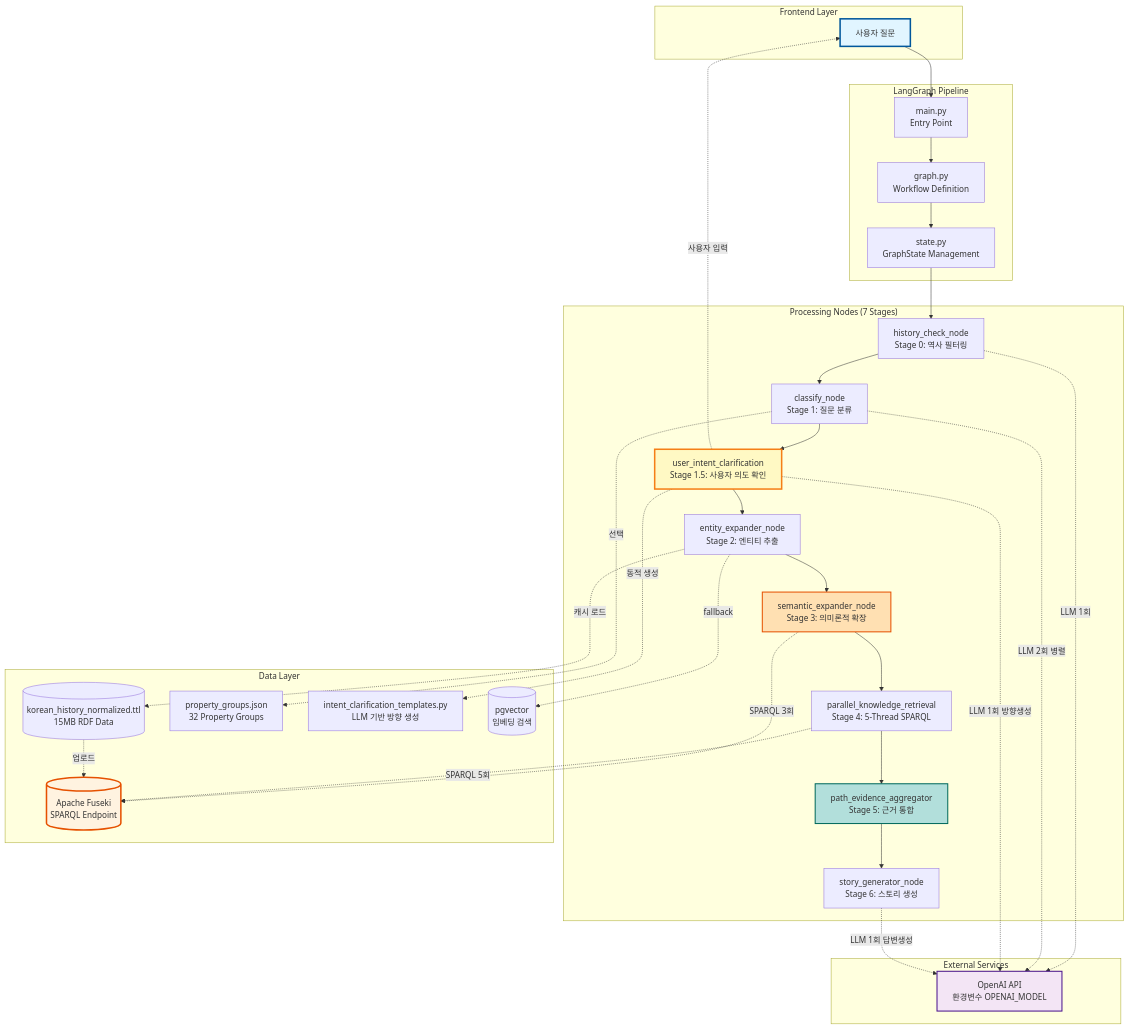
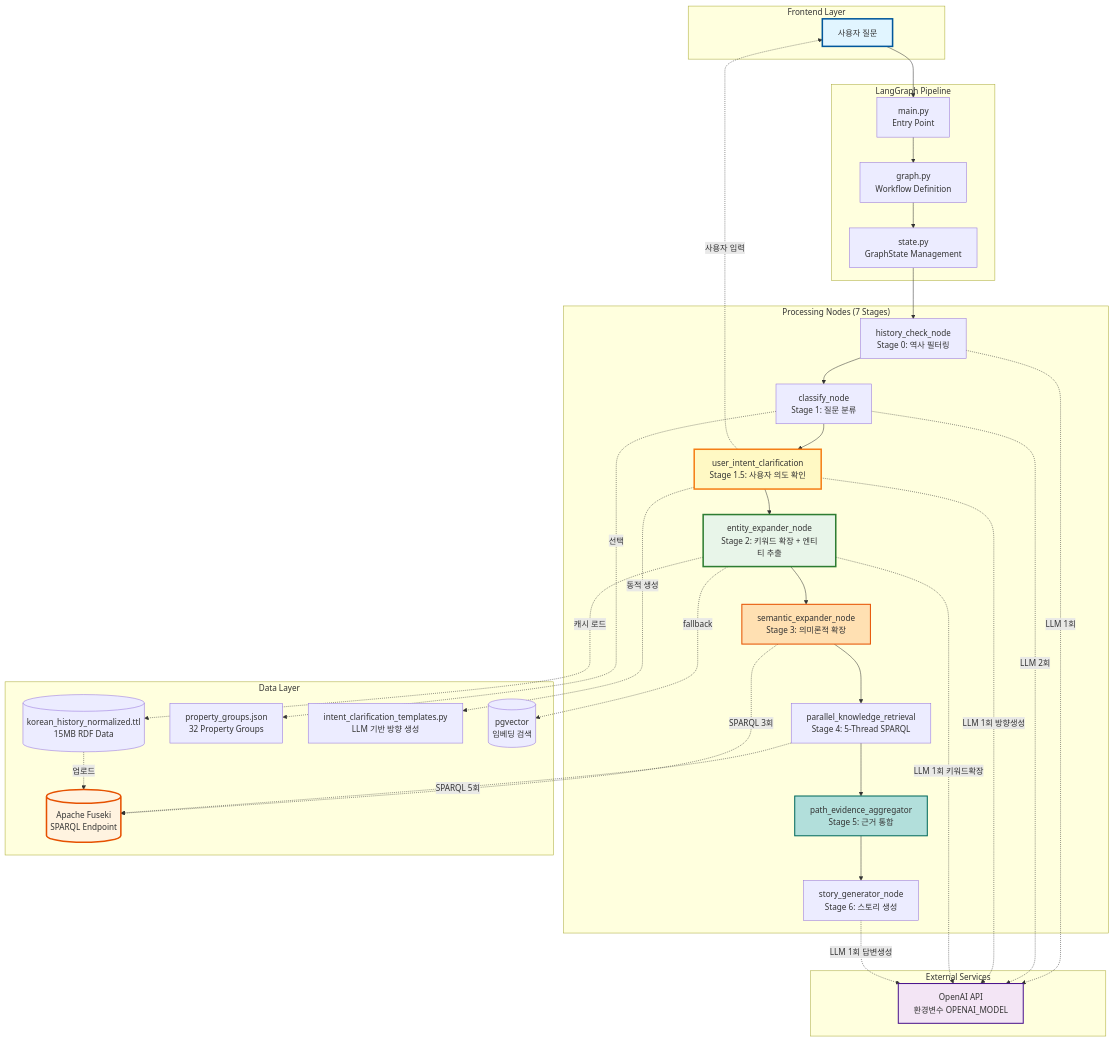
Before and after one commit to SKNETWORKS-FAMILY-AICAMP/SKN18-FINAL-3TEAM: the first of 4 diagrams in backend/langgraph_fuseki/docs/README.md, drawn with Mermaid. The commit also changed other lines of this file and 13 other files, not shown here.

````diff
--- a/backend/langgraph_fuseki/docs/README.md
+++ b/backend/langgraph_fuseki/docs/README.md
@@ -47,69 +47,71 @@
 ```mermaid
 graph TB
     subgraph "Frontend Layer"
         User[사용자 질문]
     end
 
     subgraph "LangGraph Pipeline"
         Main[main.py<br/>Entry Point]
         Graph[graph.py<br/>Workflow Definition]
         State[state.py<br/>GraphState Management]
     end
 
     subgraph "Processing Nodes (7 Stages)"
         N0[history_check_node<br/>Stage 0: 역사 필터링]
         N1[classify_node<br/>Stage 1: 질문 분류]
         N1_5[user_intent_clarification<br/>Stage 1.5: 사용자 의도 확인]
-        N2[entity_expander_node<br/>Stage 2: 엔티티 추출]
+        N2[entity_expander_node<br/>Stage 2: 키워드 확장 + 엔티티 추출]
         N3[semantic_expander_node<br/>Stage 3: 의미론적 확장]
         N4[parallel_knowledge_retrieval<br/>Stage 4: 5-Thread SPARQL]
         N5[path_evidence_aggregator<br/>Stage 5: 근거 통합]
         N6[story_generator_node<br/>Stage 6: 스토리 생성]
     end
 
     subgraph "Data Layer"
         TTL[(korean_history_normalized.ttl<br/>15MB RDF Data)]
         Groups[property_groups.json<br/>32 Property Groups]
         Templates[intent_clarification_templates.py<br/>LLM 기반 방향 생성]
         Fuseki[(Apache Fuseki<br/>SPARQL Endpoint)]
         PGVector[(pgvector<br/>임베딩 검색)]
     end
 
     subgraph "External Services"
         OpenAI[OpenAI API<br/>환경변수 OPENAI_MODEL]
     end
 
     User --> Main
     Main --> Graph
     Graph --> State
     State --> N0
     N0 --> N1
     N1 --> N1_5
     N1_5 --> N2
     N2 --> N3
     N3 --> N4
     N4 --> N5
     N5 --> N6
 
     N0 -.LLM 1회.-> OpenAI
-    N1 -.LLM 2회 병렬.-> OpenAI
+    N1 -.LLM 2회.-> OpenAI
     N1_5 -.LLM 1회 방향생성.-> OpenAI
     N1_5 -.사용자 입력.-> User
+    N2 -.LLM 1회 키워드확장.-> OpenAI
     N6 -.LLM 1회 답변생성.-> OpenAI
 
     N2 -.캐시 로드.-> TTL
     N2 -.fallback.-> PGVector
     N1 -.선택.-> Groups
     N1_5 -.동적 생성.-> Templates
     N3 -.SPARQL 3회.-> Fuseki
     N4 -.SPARQL 5회.-> Fuseki
 
     TTL -.업로드.-> Fuseki
 
     style User fill:#e1f5ff,stroke:#01579b,stroke-width:3px
     style Fuseki fill:#fff3e0,stroke:#e65100,stroke-width:3px
     style OpenAI fill:#f3e5f5,stroke:#4a148c,stroke-width:2px
     style N1_5 fill:#fff9c4,stroke:#f57f17,stroke-width:3px
+    style N2 fill:#e8f5e9,stroke:#2e7d32,stroke-width:3px
     style N3 fill:#ffe0b2,stroke:#e65100,stroke-width:2px
     style N5 fill:#b2dfdb,stroke:#00695c,stroke-width:2px
 ```
````
